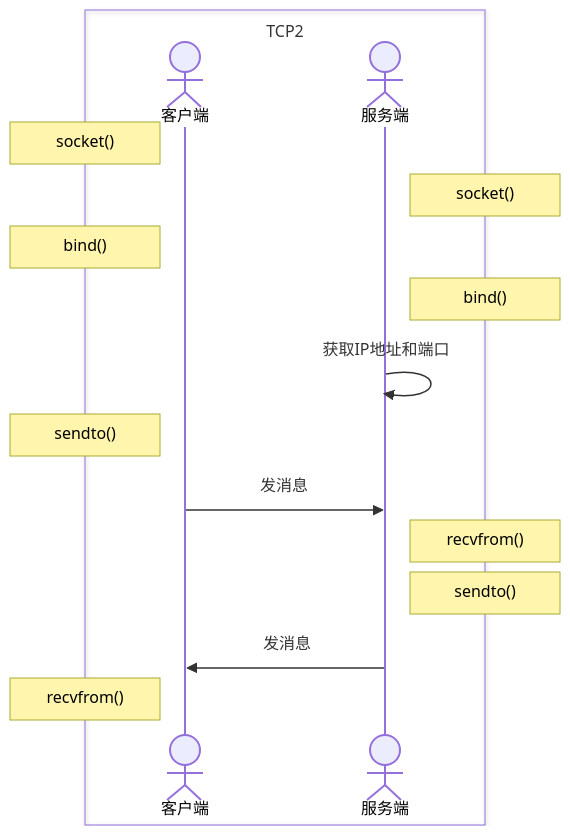
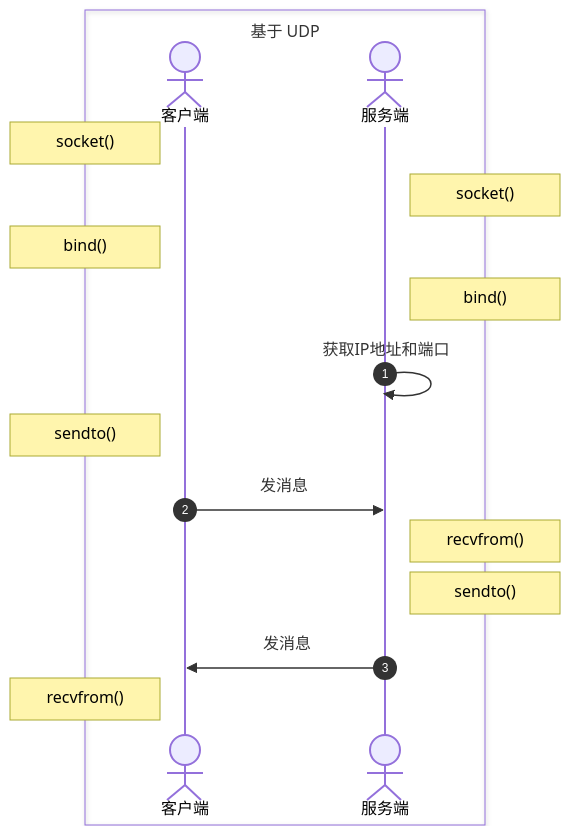
One commit to kyriejoshua/network-protocol-notes changed the second of 2 diagrams in lib/底层网络知识之重要的传输层/Socket/index.md. Above: the diagram before and after it, drawn with Mermaid. The commit also changed other lines of this file and 7 other files, not shown here.

````diff
--- a/lib/底层网络知识之重要的传输层/Socket/index.md
+++ b/lib/底层网络知识之重要的传输层/Socket/index.md
@@ -92,18 +96,19 @@
 ```mermaid
 sequenceDiagram
-	box TCP2
+	autonumber
+	box 基于 UDP
     actor 客户端
     actor 服务端
     end
 	Note left of 客户端: socket()
 	Note right of 服务端: socket()
 	Note left of 客户端: bind()
 	Note right of 服务端: bind()
 	服务端->>服务端:获取IP地址和端口
 	Note left of 客户端: sendto()
 	客户端->>服务端:发消息
 	Note right of 服务端: recvfrom()
 	Note right of 服务端: sendto()
 	服务端->>客户端:发消息
 	Note left of 客户端: recvfrom()
 ```
````
